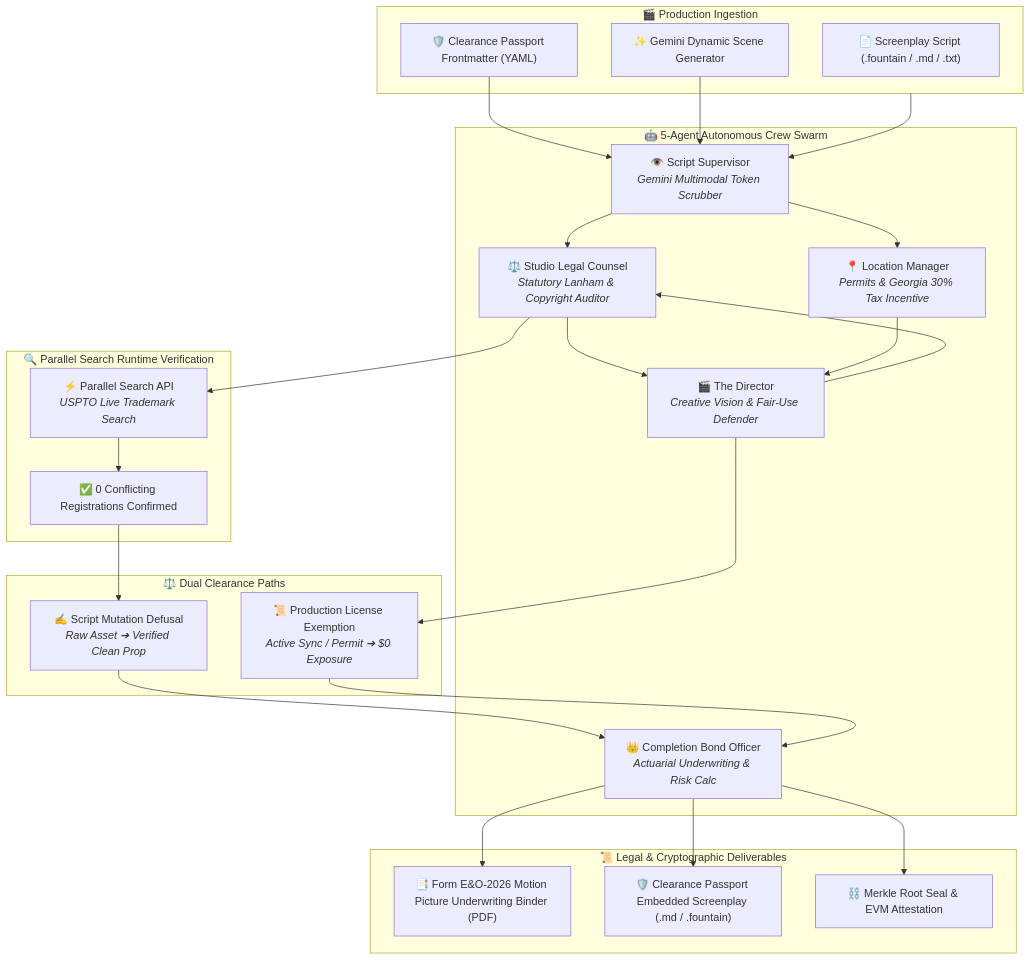
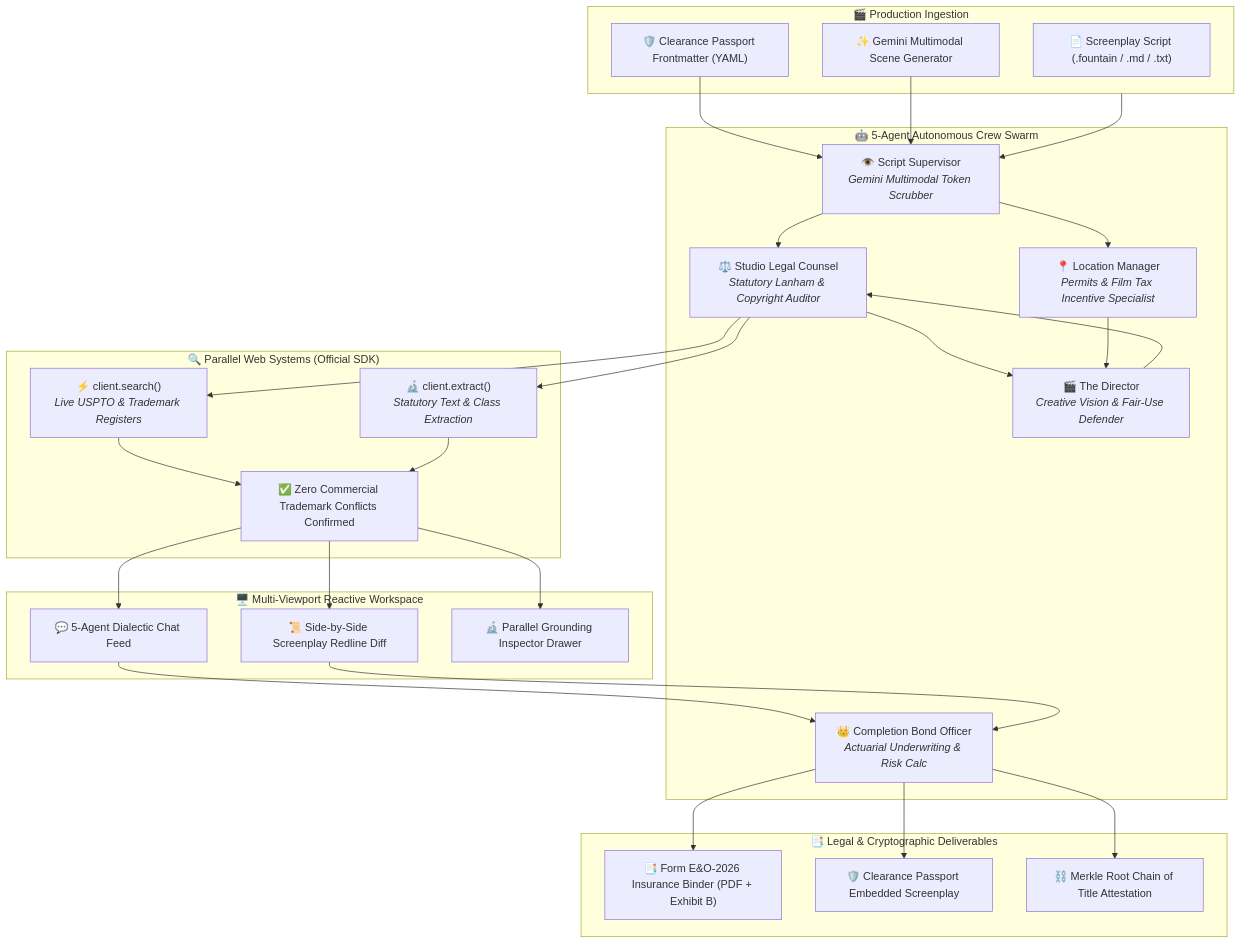
One commit to miracles2motion/deepclear-studio changed the diagram in README.md. Above: the diagram before and after it, drawn with Mermaid. The commit also changed other lines of this file, not shown here.

Commit message:
docs: elevate README with design thinking, Parallel SDK showcase, and judge guided tour

````diff
--- a/README.md
+++ b/README.md
@@ -73,46 +90,46 @@
 ```mermaid
 flowchart TD
     subgraph Inputs["🎬 Production Ingestion"]
         SC["📄 Screenplay Script (.fountain / .md / .txt)"]
         CP["🛡️ Clearance Passport Frontmatter (YAML)"]
-        GEN["✨ Gemini Dynamic Scene Generator"]
+        GEN["✨ Gemini Multimodal Scene Generator"]
     end
 
     subgraph Swarm["🤖 5-Agent Autonomous Crew Swarm"]
         SS["👁️ Script Supervisor<br/><i>Gemini Multimodal Token Scrubber</i>"]
         LC["⚖️ Studio Legal Counsel<br/><i>Statutory Lanham & Copyright Auditor</i>"]
-        LM["📍 Location Manager<br/><i>Permits & Georgia 30% Tax Incentive</i>"]
+        LM["📍 Location Manager<br/><i>Permits & Film Tax Incentive Specialist</i>"]
         DIR["🎬 The Director<br/><i>Creative Vision & Fair-Use Defender</i>"]
         CBO["👑 Completion Bond Officer<br/><i>Actuarial Underwriting & Risk Calc</i>"]
     end
 
-    subgraph ParallelLoop["🔍 Parallel Search Runtime Verification"]
-        PS["⚡ Parallel Search API<br/><i>USPTO Live Trademark Search</i>"]
-        REG["✅ 0 Conflicting Registrations Confirmed"]
+    subgraph ParallelEngine["🔍 Parallel Web Systems (Official SDK)"]
+        PS["⚡ client.search()<br/><i>Live USPTO & Trademark Registers</i>"]
+        EX["🔬 client.extract()<br/><i>Statutory Text & Class Extraction</i>"]
+        REG["✅ Zero Commercial Trademark Conflicts Confirmed"]
     end
 
-    subgraph Resolution["⚖️ Dual Clearance Paths"]
-        MUT["✍️ Script Mutation Defusal<br/><i>Raw Asset ➔ Verified Clean Prop</i>"]
-        LIC["📜 Production License Exemption<br/><i>Active Sync / Permit ➔ $0 Exposure</i>"]
+    subgraph UIViews["🖥️ Multi-Viewport Reactive Workspace"]
+        CHAT["💬 5-Agent Dialectic Chat Feed"]
+        DIFF["📜 Side-by-Side Screenplay Redline Diff"]
+        DRAWER["🔬 Parallel Grounding Inspector Drawer"]
     end
 
-    subgraph Deliverables["📜 Legal & Cryptographic Deliverables"]
-        PDF["📑 Form E&O-2026 Motion Picture Underwriting Binder (PDF)"]
-        PASS["🛡️ Clearance Passport Embedded Screenplay (.md / .fountain)"]
-        EVM["⛓️ Merkle Root Seal & EVM Attestation"]
+    subgraph Deliverables["📑 Legal & Cryptographic Deliverables"]
+        PDF["📑 Form E&O-2026 Insurance Binder (PDF + Exhibit B)"]
+        PASS["🛡️ Clearance Passport Embedded Screenplay"]
+        EVM["⛓️ Merkle Root Chain of Title Attestation"]
     end
 
     Inputs --> SS
     CP --> SS
     GEN --> SS
     SS --> LC & LM
     LC & LM --> DIR
     DIR --> LC
-    LC --> PS
-    PS --> REG
-    REG --> MUT
-    DIR --> LIC
-    MUT --> CBO
-    LIC --> CBO
+    LC --> PS & EX
+    PS & EX --> REG
+    REG --> CHAT & DIFF & DRAWER
+    CHAT & DIFF --> CBO
     CBO --> PDF & PASS & EVM
 ```
````
